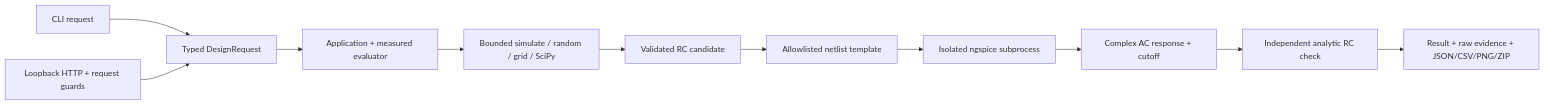
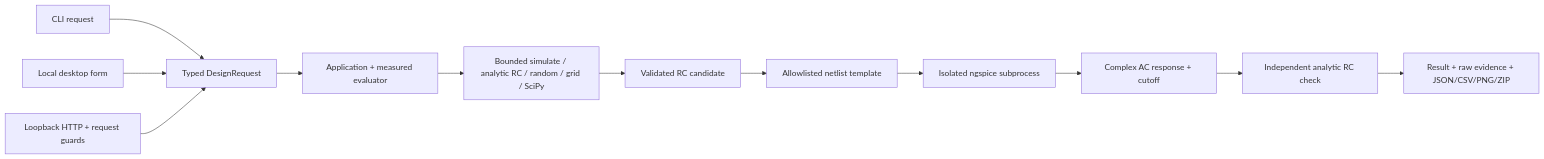
The diagram in docs/ARCHITECTURE.md (Omidf28/CircuForge), drawn with Mermaid before and after one commit. The commit also changed other lines of this file and 24 other files, not shown here.

Commit message:
feat: add verified local RC desktop interface (P5-C6)

````diff
--- a/docs/ARCHITECTURE.md
+++ b/docs/ARCHITECTURE.md
@@ -13,13 +23,14 @@
 ```mermaid
 flowchart LR
     CLI[CLI request] --> Request[Typed DesignRequest]
+    Desktop[Local desktop form] --> Request
     HTTP[Loopback HTTP + request guards] --> Request
     Request --> Engine[Application + measured evaluator]
-    Engine --> Search[Bounded simulate / random / grid / SciPy]
+    Engine --> Search[Bounded simulate / analytic RC / random / grid / SciPy]
     Search --> Candidate[Validated RC candidate]
     Candidate --> Template[Allowlisted netlist template]
     Template --> SPICE[Isolated ngspice subprocess]
     SPICE --> Metrics[Complex AC response + cutoff]
     Metrics --> Oracle[Independent analytic RC check]
     Oracle --> Evidence[Result + raw evidence + JSON/CSV/PNG/ZIP]
 ```
````
